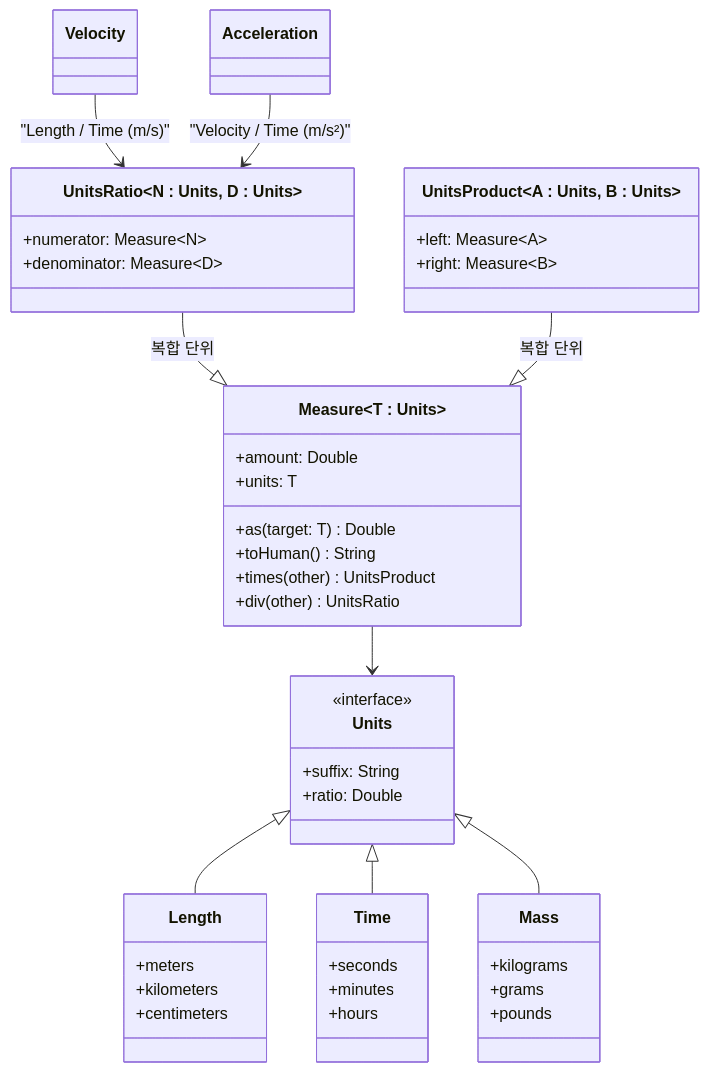
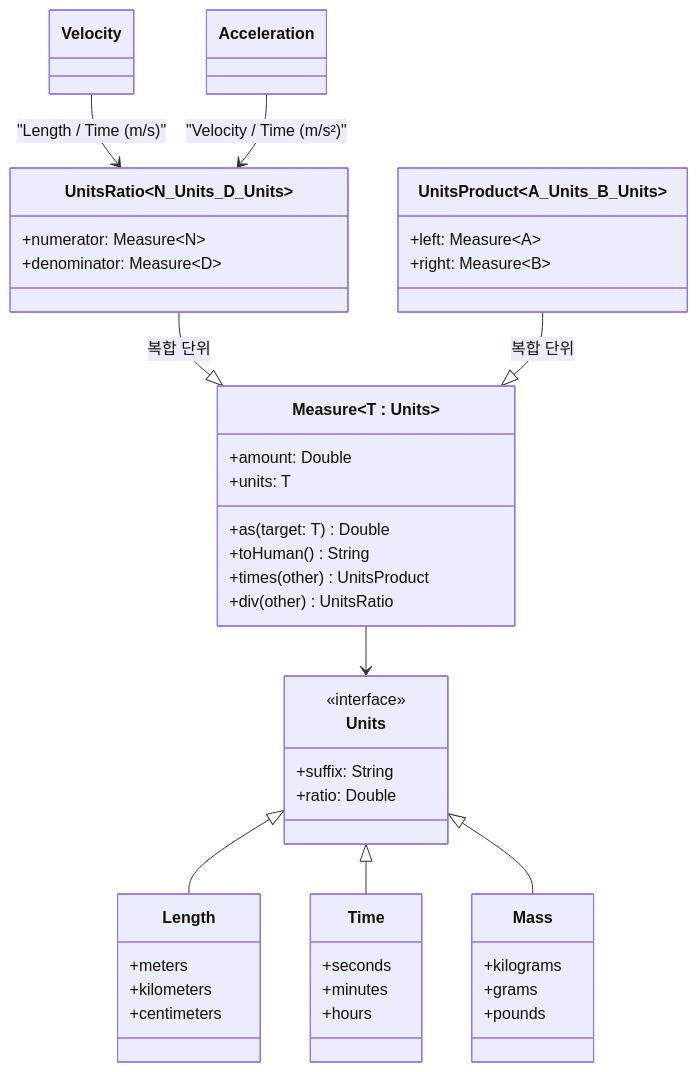
One commit to bluetape4k/bluetape4k-projects changed the first of 2 diagrams in utils/measured/README.md. Above: the diagram before and after it, drawn with Mermaid. The commit also changed 95 other files, not shown here.

First line of the commit message:
docs: Mermaid 파서 오류 전체 수정 (IntelliJ IDEA 호환)

````diff
--- a/utils/measured/README.md
+++ b/utils/measured/README.md
@@ -52,70 +52,59 @@
 ```mermaid
 classDiagram
     class Units {
         <<interface>>
         +suffix: String
         +ratio: Double
     }
 
     class Measure~T : Units~ {
         +amount: Double
         +units: T
         +as(target: T) Double
         +toHuman() String
         +times(other) UnitsProduct
         +div(other) UnitsRatio
     }
 
-    class UnitsProduct~A : Units, B : Units~ {
+    class UnitsProduct~A_Units_B_Units~ {
         +left: Measure~A~
         +right: Measure~B~
     }
 
-    class UnitsRatio~N : Units, D : Units~ {
+    class UnitsRatio~N_Units_D_Units~ {
         +numerator: Measure~N~
         +denominator: Measure~D~
     }
 
     class Length {
         +meters
         +kilometers
         +centimeters
     }
 
     class Time {
         +seconds
         +minutes
         +hours
     }
 
     class Mass {
         +kilograms
         +grams
         +pounds
     }
 
     class Velocity
     class Acceleration
 
     Units <|-- Length
     Units <|-- Time
     Units <|-- Mass
     Measure --> Units
     UnitsRatio --|> Measure : 복합 단위
     UnitsProduct --|> Measure : 복합 단위
     Velocity --> UnitsRatio : "Length / Time (m/s)"
     Acceleration --> UnitsRatio : "Velocity / Time (m/s²)"
 
-    classDef utilStyle    fill:#2196F3
-    classDef modelStyle   fill:#FF9800
 
-    class Units:::utilStyle
-    class Measure:::modelStyle
-    class UnitsProduct:::modelStyle
-    class UnitsRatio:::modelStyle
-    class Length:::utilStyle
-    class Time:::utilStyle
-    class Mass:::utilStyle
-    class Velocity:::modelStyle
-    class Acceleration:::modelStyle
 ```
````
